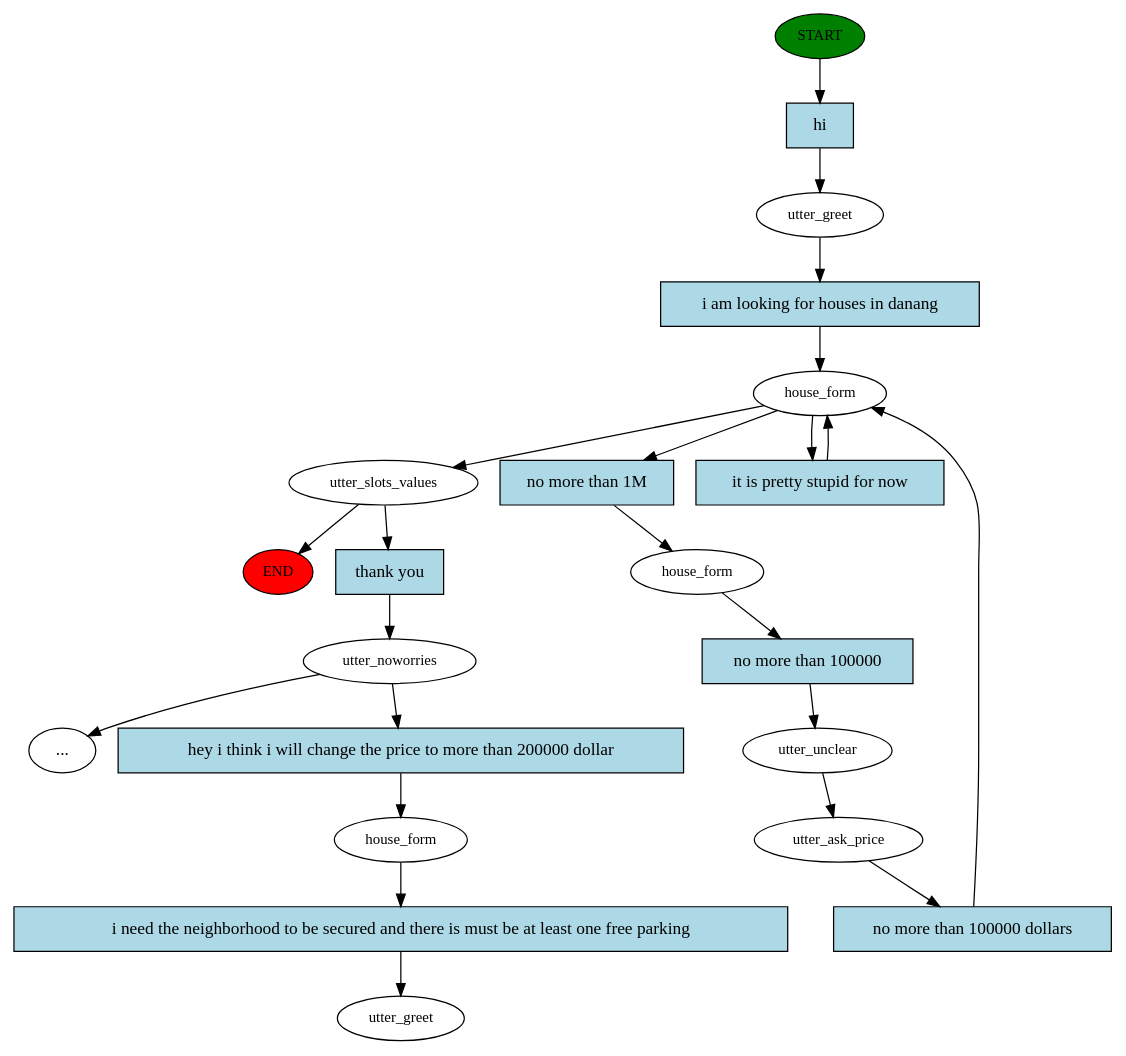
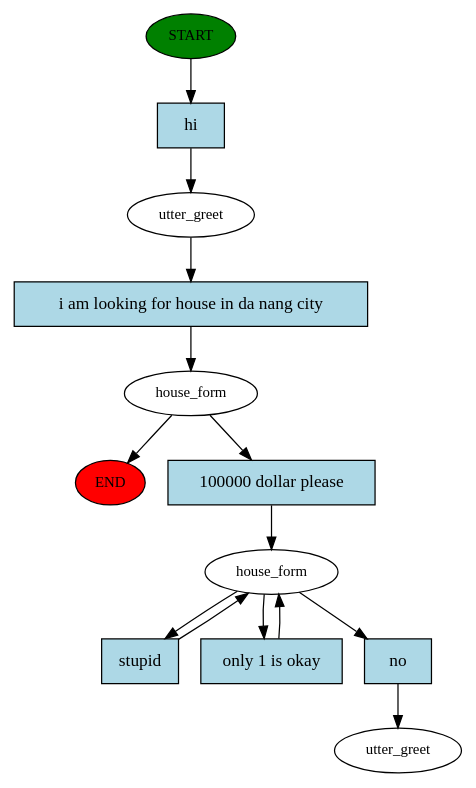
One commit to trhgnhat/real_estate_rasa_chatbot changed the diagram in story_graph.dot. Above: the diagram before and after it, drawn with Graphviz. The commit also changed 123 other files, not shown here.

```diff
--- a/story_graph.dot
+++ b/story_graph.dot
@@ -1,45 +1,27 @@
 digraph  {
 0 [class="start active", fillcolor=green, fontsize=12, label=START, style=filled];
 "-1" [class=end, fillcolor=red, fontsize=12, label=END, style=filled];
 1 [class=active, fontsize=12, label=utter_greet];
 2 [class=active, fontsize=12, label=house_form];
-3 [class=active, fontsize=12, label=utter_slots_values];
-7 [class=active, fontsize=12, label=utter_noworries];
-"-3" [class=ellipsis, label="..."];
-10 [class=active, fontsize=12, label=house_form];
-11 [class=active, fontsize=12, label=utter_unclear];
-12 [class=active, fontsize=12, label=utter_ask_price];
-17 [class=active, fontsize=12, label=house_form];
-18 [class="dashed active", fontsize=12, label=utter_greet];
-19 [class="intent active", fillcolor=lightblue, label=hi, shape=rect, style=filled];
-20 [class="intent active", fillcolor=lightblue, label="i am looking for houses in danang", shape=rect, style=filled];
-21 [class="intent active", fillcolor=lightblue, label="no more than 1M", shape=rect, style=filled];
-22 [class="intent active", fillcolor=lightblue, label="it is pretty stupid for now", shape=rect, style=filled];
-23 [class="intent active", fillcolor=lightblue, label="thank you", shape=rect, style=filled];
-24 [class="intent active", fillcolor=lightblue, label="hey i think i will change the price to more than 200000 dollar", shape=rect, style=filled];
-25 [class="intent active", fillcolor=lightblue, label="no more than 100000", shape=rect, style=filled];
-26 [class="intent active", fillcolor=lightblue, label="no more than 100000 dollars", shape=rect, style=filled];
-27 [class="intent active", fillcolor=lightblue, label="i need the neighborhood to be secured and there is must be at least one free parking", shape=rect, style=filled];
-0 -> 19  [class=active, key=0];
-1 -> 20  [class=active, key=0];
-2 -> 3  [class=active, key=NONE, label=""];
-2 -> 21  [class=active, key=0];
-2 -> 22  [class=active, key=0];
-3 -> "-1"  [class="", key=NONE, label=""];
-3 -> 23  [class=active, key=0];
-7 -> "-3"  [class="", key=NONE, label=""];
-7 -> 24  [class=active, key=0];
-10 -> 25  [class=active, key=0];
-11 -> 12  [class=active, key=NONE, label=""];
-12 -> 26  [class=active, key=0];
-17 -> 27  [class=active, key=0];
-19 -> 1  [class=active, key=0];
-20 -> 2  [class=active, key=0];
-21 -> 10  [class=active, key=0];
-22 -> 2  [class=active, key=0];
-23 -> 7  [class=active, key=0];
-24 -> 17  [class=active, key=0];
-25 -> 11  [class=active, key=0];
-26 -> 2  [class=active, key=0];
-27 -> 18  [class=active, key=0];
+5 [class=active, fontsize=12, label=house_form];
+10 [class="dashed active", fontsize=12, label=utter_greet];
+11 [class="intent active", fillcolor=lightblue, label=hi, shape=rect, style=filled];
+12 [class="intent active", fillcolor=lightblue, label="i am looking for house in da nang city", shape=rect, style=filled];
+13 [class="intent active", fillcolor=lightblue, label="100000 dollar please", shape=rect, style=filled];
+14 [class="intent active", fillcolor=lightblue, label=stupid, shape=rect, style=filled];
+15 [class="intent active", fillcolor=lightblue, label="only 1 is okay", shape=rect, style=filled];
+16 [class="intent active", fillcolor=lightblue, label=no, shape=rect, style=filled];
+0 -> 11  [class=active, key=0];
+1 -> 12  [class=active, key=0];
+2 -> "-1"  [class="", key=NONE, label=""];
+2 -> 13  [class=active, key=0];
+5 -> 14  [class=active, key=0];
+5 -> 15  [class=active, key=0];
+5 -> 16  [class=active, key=0];
+11 -> 1  [class=active, key=0];
+12 -> 2  [class=active, key=0];
+13 -> 5  [class=active, key=0];
+14 -> 5  [class=active, key=0];
+15 -> 5  [class=active, key=0];
+16 -> 10  [class=active, key=0];
 }
```
